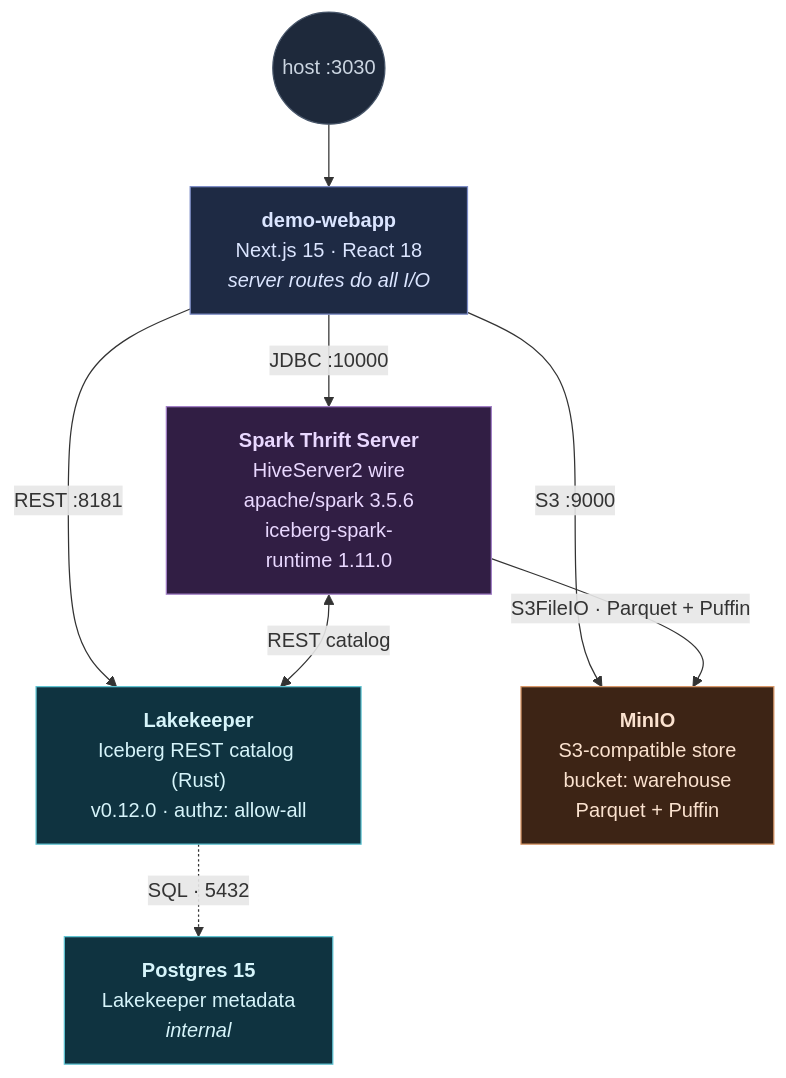
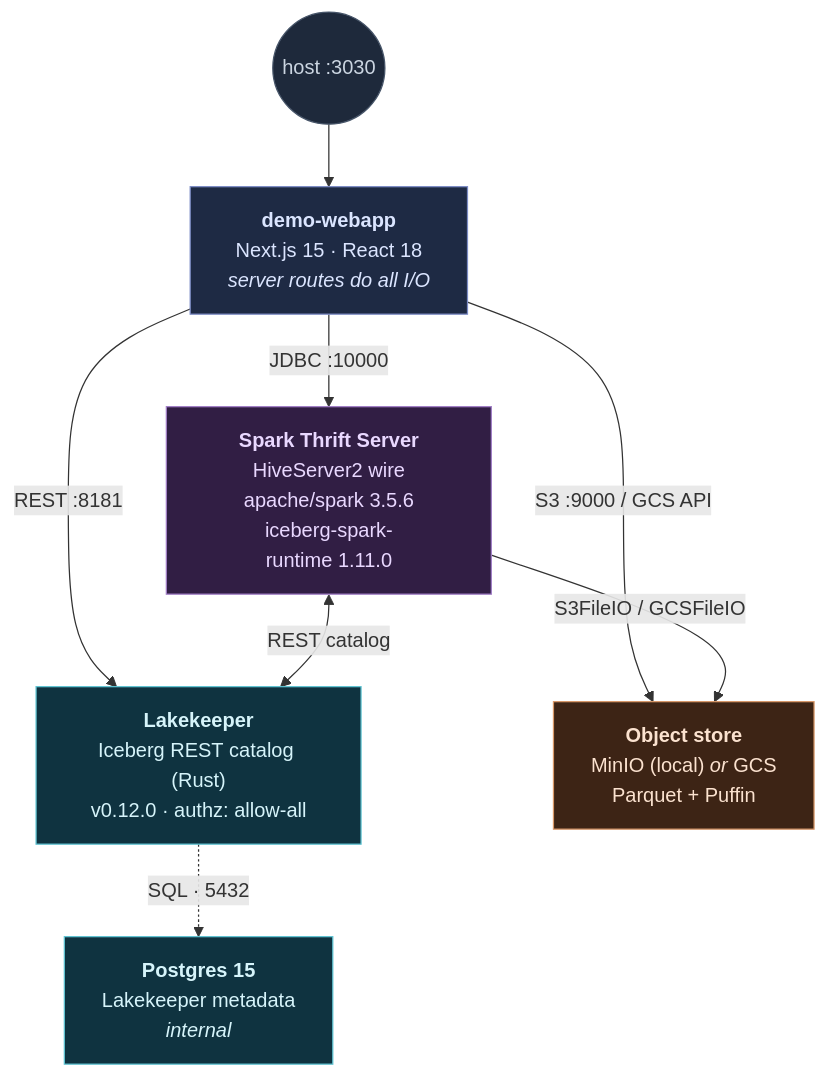
Before and after one commit to Vadoid/open-lakehouse-demo: the diagram in README.md, drawn with Mermaid. The commit also changed 1 other file, not shown here.

Commit message:
chore: sync package-lock (add @google-cloud/storage) + show MinIO/GCS in README diagram
- package-lock.json was stale and missing the @google-cloud/storage tree, so a
  clean 'next build' failed to resolve it. Synced.
- README architecture diagram now shows the object store as MinIO or GCS, with
  S3FileIO / GCSFileIO on the data-plane edge.

````diff
--- a/README.md
+++ b/README.md
@@ -18,28 +18,28 @@
 ```mermaid
 flowchart TB
     user(("host&nbsp;:3030"))
     web["<b>demo-webapp</b><br/>Next.js&nbsp;15 · React&nbsp;18<br/><i>server routes do all I/O</i>"]
     spark["<b>Spark&nbsp;Thrift&nbsp;Server</b><br/>HiveServer2&nbsp;wire<br/>apache/spark&nbsp;3.5.6<br/>iceberg-spark-runtime&nbsp;1.11.0"]
     lk["<b>Lakekeeper</b><br/>Iceberg&nbsp;REST&nbsp;catalog (Rust)<br/>v0.12.0 · authz: allow-all"]
-    minio["<b>MinIO</b><br/>S3-compatible store<br/>bucket: warehouse<br/>Parquet + Puffin"]
+    minio["<b>Object store</b><br/>MinIO (local) <i>or</i> GCS<br/>Parquet + Puffin"]
     pg["<b>Postgres&nbsp;15</b><br/>Lakekeeper metadata<br/><i>internal</i>"]
 
     user --> web
     web -- "JDBC :10000" --> spark
     web -- "REST :8181" --> lk
-    web -- "S3 :9000" --> minio
+    web -- "S3 :9000 / GCS API" --> minio
     spark <-- "REST catalog" --> lk
     lk -. "SQL · 5432" .-> pg
-    spark -- "S3FileIO · Parquet + Puffin" --> minio
+    spark -- "S3FileIO / GCSFileIO" --> minio
 
     classDef web fill:#1e2a44,stroke:#7c8cc6,color:#dbe5ff
     classDef compute fill:#311e44,stroke:#a17ec6,color:#e9d8ff
     classDef catalog fill:#0f3340,stroke:#5fc4d3,color:#d6f4fa
     classDef storage fill:#3d2415,stroke:#d99868,color:#fbe2cf
     classDef hostnode fill:#1e293b,stroke:#475569,color:#cbd5e1
     class user hostnode
     class web web
     class spark compute
     class lk,pg catalog
     class minio storage
 ```
````
